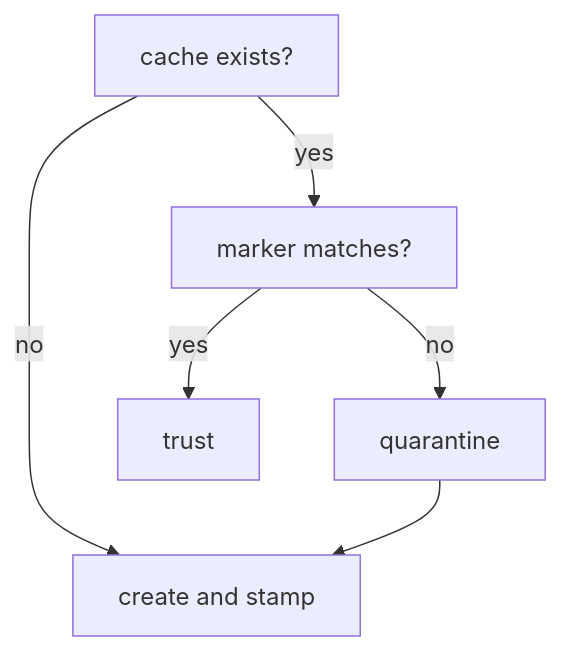
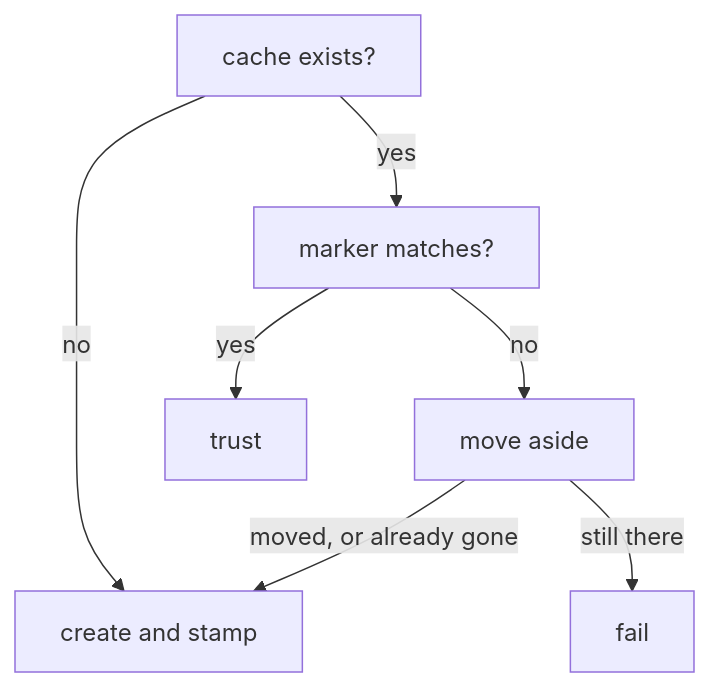
The diagram in openwiki/operations/context-mode-dispatcher.md (Ghisso/github_copilot_bootstrap), drawn with Mermaid before and after one commit. The commit also changed other lines of this file and 12 other files, not shown here.

````diff
--- a/openwiki/operations/context-mode-dispatcher.md
+++ b/openwiki/operations/context-mode-dispatcher.md
@@ -89,8 +103,9 @@
 ```mermaid
 flowchart TD
     A[cache exists?] -->|no| N[create and stamp]
     A -->|yes| M[marker matches?]
     M -->|yes| T[trust]
-    M -->|no| Q[quarantine]
-    Q --> N
+    M -->|no| Q[move aside]
+    Q -->|moved, or already gone| N
+    Q -->|still there| F[fail]
 ```
````
